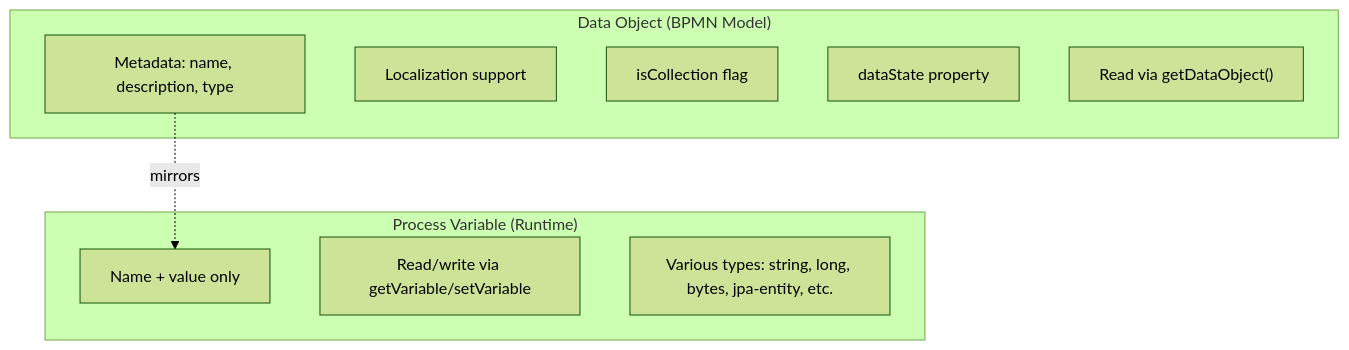
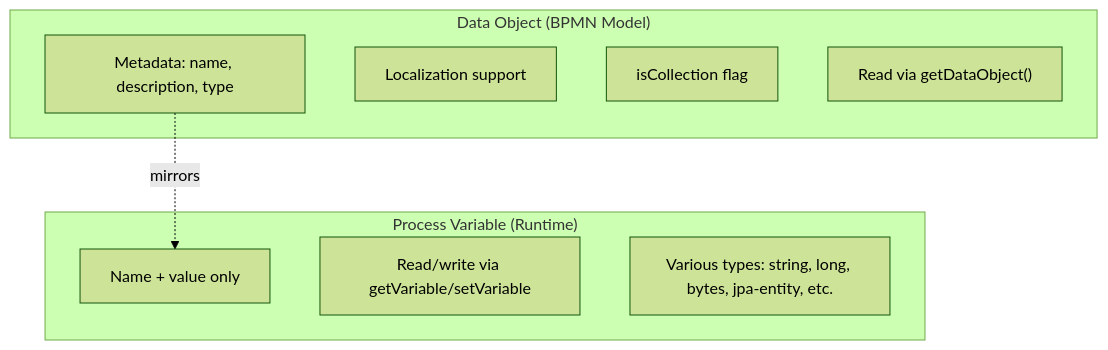
The diagram in docs/bpmn/elements/data-objects.md (CaptainGlac1er/activiti-documentation), drawn with Mermaid (forest theme) before and after one commit. The commit also changed other lines of this file and 72 other files, not shown here.

````diff
--- a/docs/bpmn/elements/data-objects.md
+++ b/docs/bpmn/elements/data-objects.md
@@ -113,16 +149,15 @@
 ```mermaid
 graph TD
     subgraph DataObject["Data Object (BPMN Model)"]
         DO1["Metadata: name, description, type"]
         DO2["Localization support"]
         DO3["isCollection flag"]
-        DO4["dataState property"]
         DO5["Read via getDataObject()"]
     end
     subgraph ProcessVar["Process Variable (Runtime)"]
         PV1["Name + value only"]
         PV2["Read/write via getVariable/setVariable"]
         PV3["Various types: string, long, bytes, jpa-entity, etc."]
     end
     DO1 -.->|"mirrors"| PV1
 ```
````
